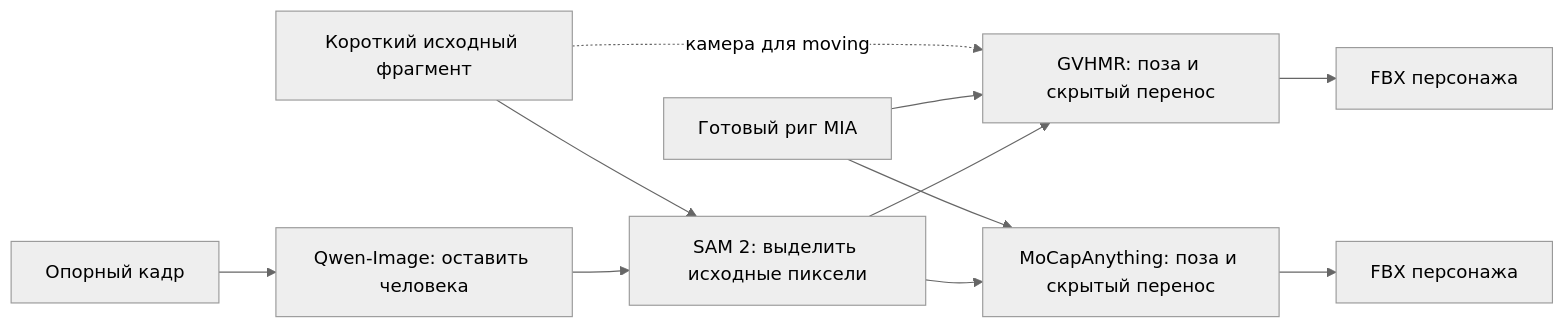
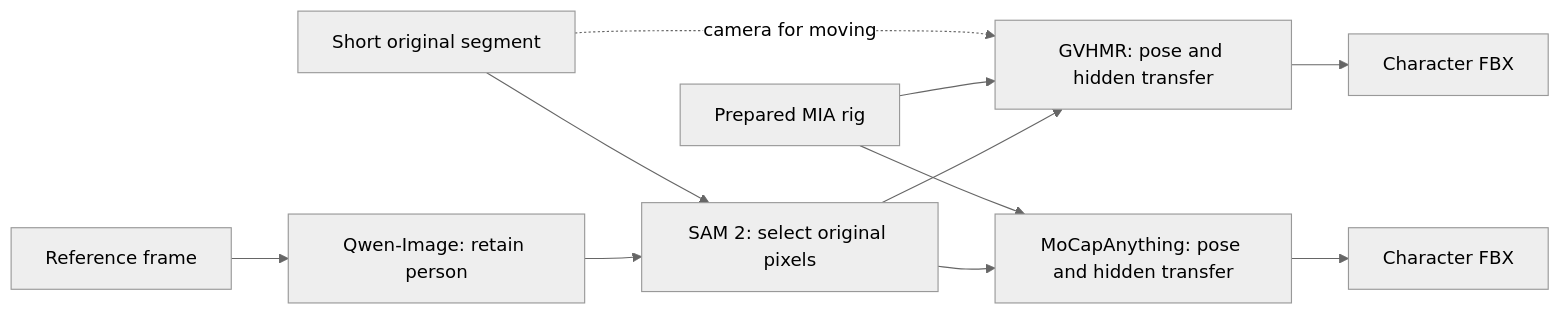
Before and after one commit to kvladsrc/gym: the first of 2 diagrams in assets_studio/docs/reviews/animation-graphs.md, drawn with Mermaid (neutral theme). The commit also changed other lines of this file and 60 other files, not shown here.

````diff
--- a/assets_studio/docs/reviews/animation-graphs.md
+++ b/assets_studio/docs/reviews/animation-graphs.md
@@ -21,13 +20,13 @@
 ```mermaid
 flowchart LR
-    F[Опорный кадр] --> E[Qwen-Image: оставить человека]
-    E --> S[SAM 2: выделить исходные пиксели]
-    V[Короткий исходный фрагмент] --> S
-    S --> G[GVHMR: поза и скрытый перенос]
-    S --> M[MoCapAnything: поза и скрытый перенос]
-    R[Готовый риг MIA] --> G
+    F[Reference frame] --> E[Qwen-Image: retain person]
+    E --> S[SAM 2: select original pixels]
+    V[Short original segment] --> S
+    S --> G[GVHMR: pose and hidden transfer]
+    S --> M[MoCapAnything: pose and hidden transfer]
+    R[Prepared MIA rig] --> G
     R --> M
-    V -. камера для moving .-> G
-    G --> A[FBX персонажа]
-    M --> B[FBX персонажа]
+    V -. camera for moving .-> G
+    G --> A[Character FBX]
+    M --> B[Character FBX]
 ```
````
